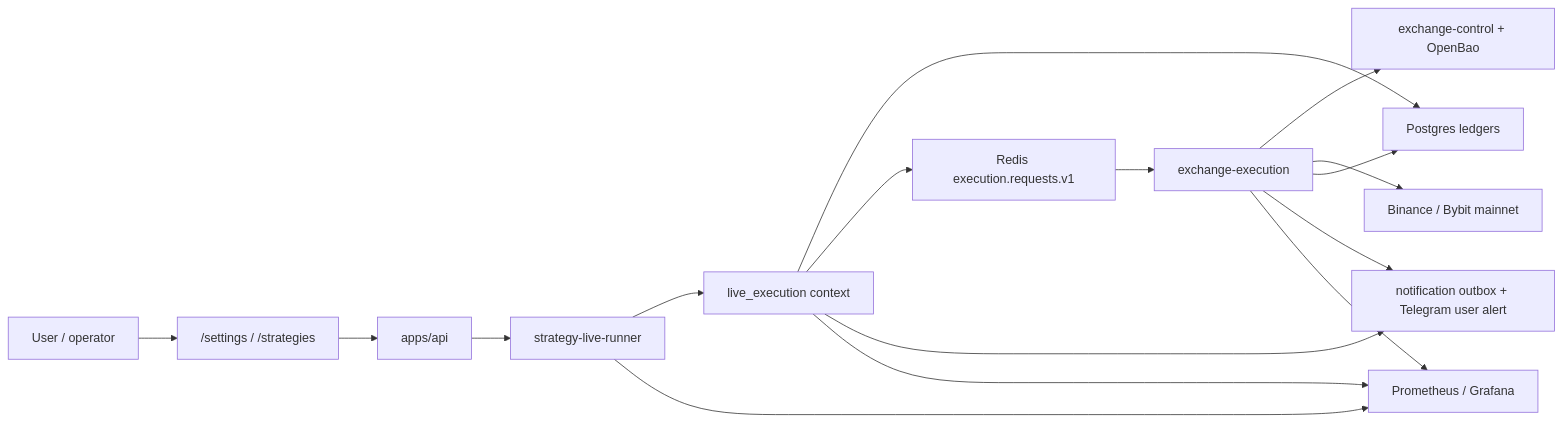
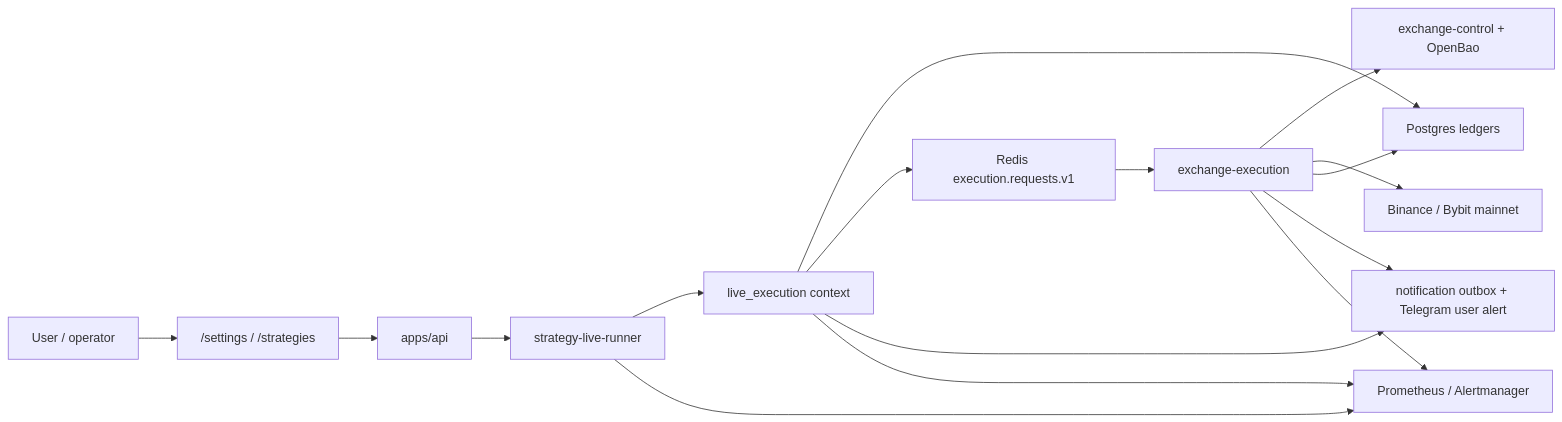
One commit to Dejetins/roehub.com changed the diagram in docs/architecture/live_execution/mainnet-real-money-trading-v1.md. Above: the diagram before and after it, drawn with Mermaid. The commit also changed other lines of this file and 1545 other files, not shown here.

````diff
--- a/docs/architecture/live_execution/mainnet-real-money-trading-v1.md
+++ b/docs/architecture/live_execution/mainnet-real-money-trading-v1.md
@@ -156,31 +156,31 @@
 ```mermaid
 flowchart LR
     User["User / operator"]
     UI["/settings / /strategies"]
     API["apps/api"]
     Producer["strategy-live-runner"]
     LE["live_execution context"]
     Redis["Redis execution.requests.v1"]
     EE["exchange-execution"]
     EC["exchange-control + OpenBao"]
     EX["Binance / Bybit mainnet"]
     DB["Postgres ledgers"]
-    Metrics["Prometheus / Grafana"]
+    Metrics["Prometheus / Alertmanager"]
     Alerts["notification outbox + Telegram user alert"]
 
     User --> UI
     UI --> API
     API --> Producer
     Producer --> LE
     LE --> DB
     LE --> Redis
     Redis --> EE
     EE --> EC
     EE --> EX
     EE --> DB
     LE --> Alerts
     EE --> Alerts
     Producer --> Metrics
     LE --> Metrics
     EE --> Metrics
 ```
````
